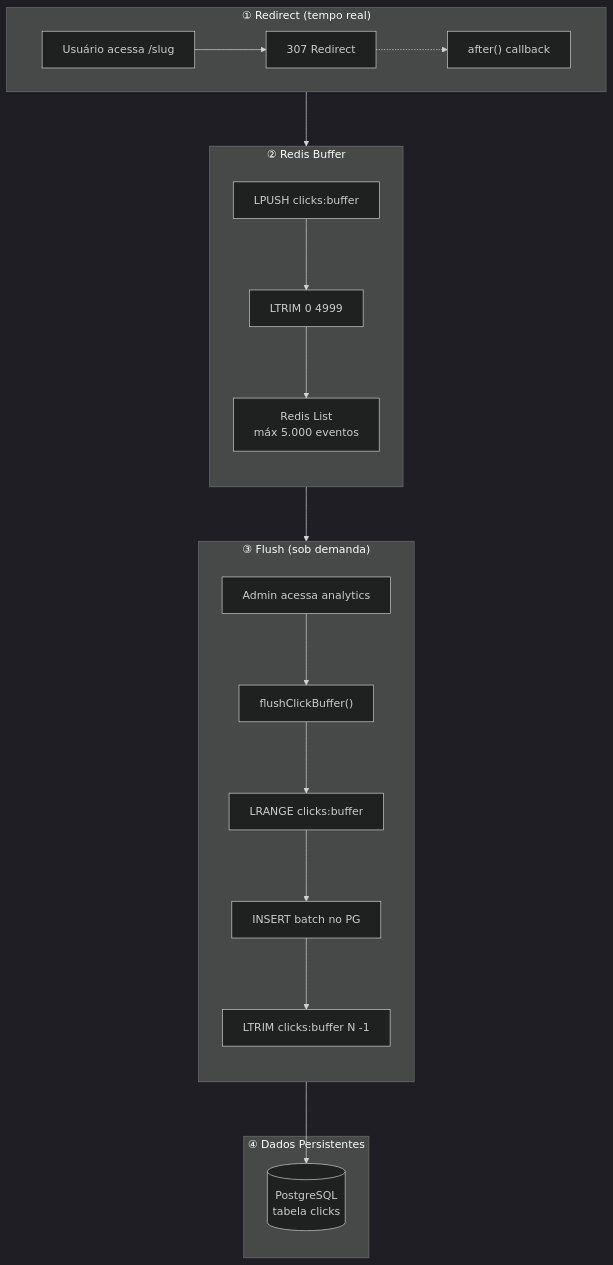
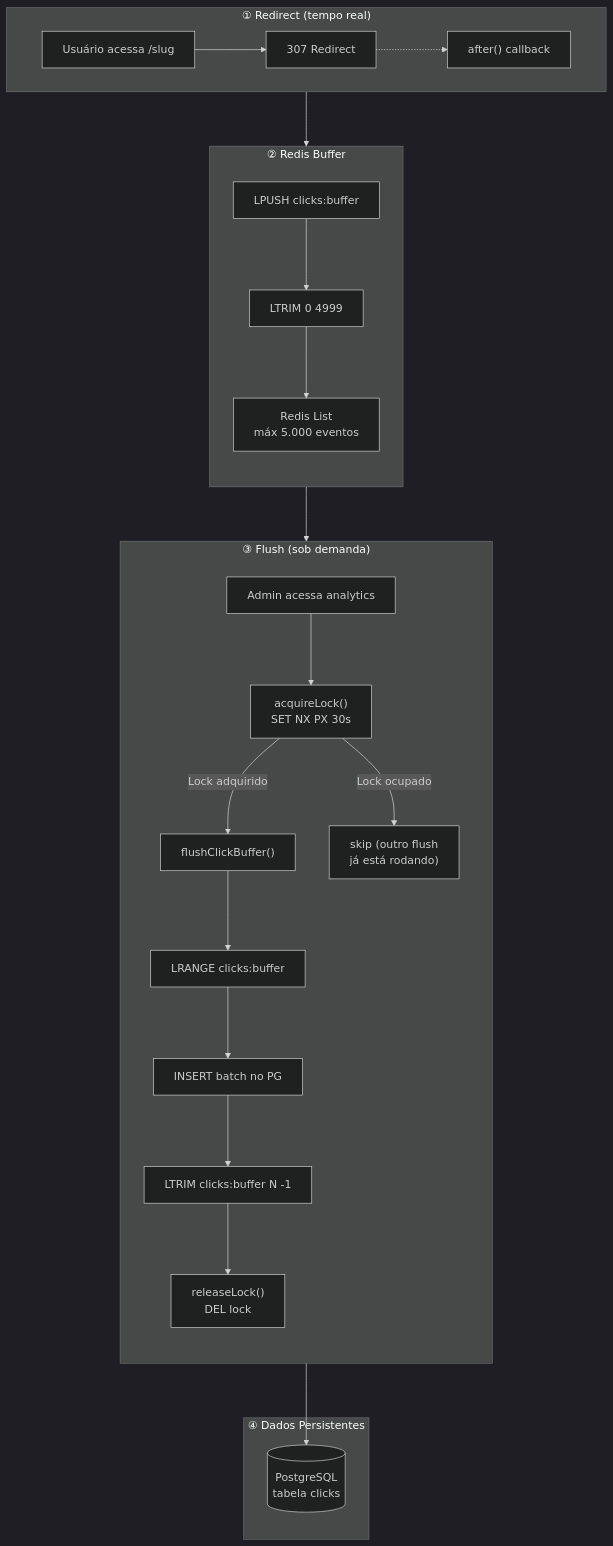
Before and after one commit to eduardoaugustolb/encurtador-url: the first of 3 diagrams in docs/processos-background.md, drawn with Mermaid (dark theme). The commit also changed other lines of this file and 5 other files, not shown here.

Commit message:
fix: lock distribuído no flushClickBuffer para evitar duplicação concorrente (#10)

````diff
--- a/docs/processos-background.md
+++ b/docs/processos-background.md
@@ -7,31 +7,34 @@
 ```mermaid
 %%{init: {'flowchart': {'nodeSpacing': 50, 'rankSpacing': 80}}}%%
 flowchart TB
     subgraph Redirect["① Redirect (tempo real)"]
         direction LR
         A["Usuário acessa /slug"] --> B["307 Redirect"]
         B -.-> C["after() callback"]
     end
 
     subgraph Buffer["② Redis Buffer"]
         direction TB
         C --> D["LPUSH clicks:buffer"]
         D --> E["LTRIM 0 4999"]
         E --> F["Redis List<br/>máx 5.000 eventos"]
     end
 
     subgraph Flush["③ Flush (sob demanda)"]
         direction TB
-        G["Admin acessa analytics"] --> H["flushClickBuffer()"]
+        G["Admin acessa analytics"] --> L["acquireLock()<br/>SET NX PX 30s"]
+        L -->|"Lock adquirido"| H["flushClickBuffer()"]
+        L -->|"Lock ocupado"| Z["skip (outro flush<br/>já está rodando)"]
         H --> I["LRANGE clicks:buffer"]
         I --> J["INSERT batch no PG"]
         J --> K["LTRIM clicks:buffer N -1"]
+        K --> R["releaseLock()<br/>DEL lock"]
     end
 
     subgraph Storage["④ Dados Persistentes"]
-        L[("PostgreSQL<br/>tabela clicks")]
+        M[("PostgreSQL<br/>tabela clicks")]
     end
 
     F --> H
-    K --> L
+    K --> M
 ```
````
